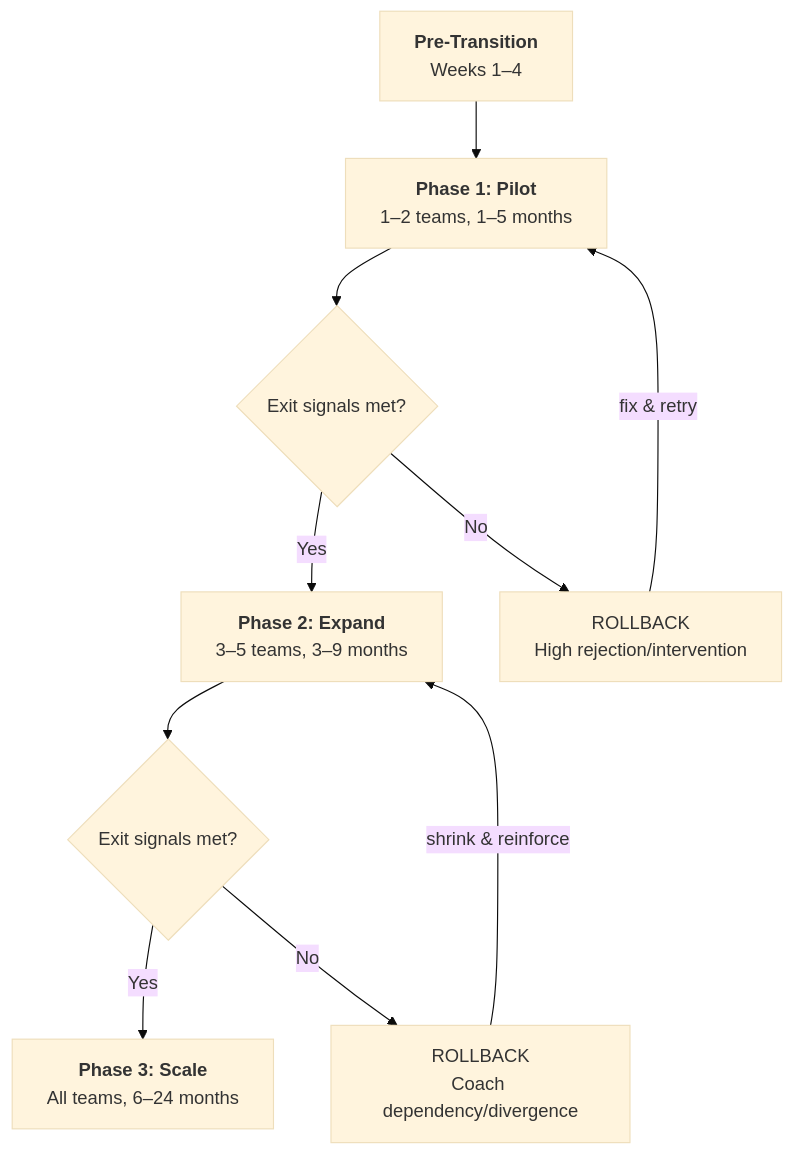
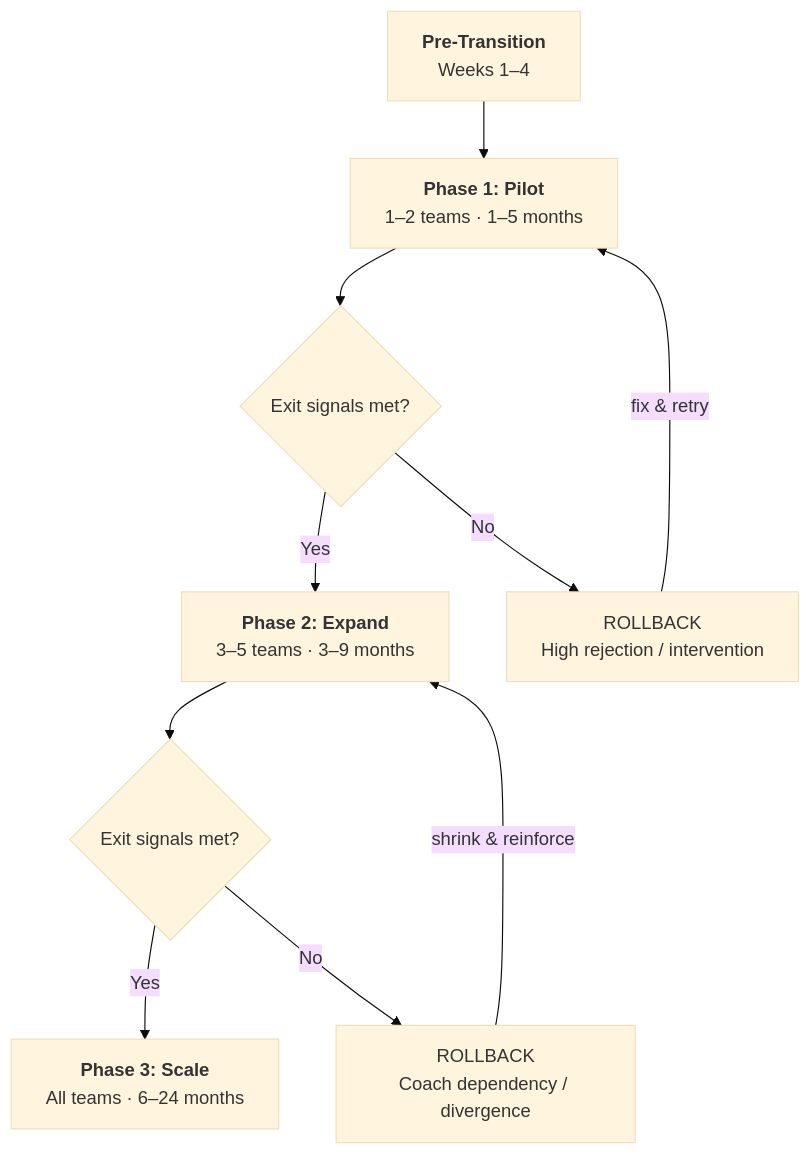
Before and after one commit to danielmeppiel/agentic-sdlc-handbook: the diagram in handbook/ch07-planning-the-transition.qmd, drawn with Mermaid (base theme). The commit also changed other lines of this file and 8 other files, not shown here.

````diff
--- a/handbook/ch07-planning-the-transition.qmd
+++ b/handbook/ch07-planning-the-transition.qmd
@@ -80,33 +78,25 @@
 ```{mermaid}
-%%| fig-width: 5.5
+%%| fig-width: 4.5
 %%| label: fig-transition-roadmap
 %%| fig-cap: "Three-phase transition roadmap with exit signals and rollback triggers"
 %%| fig-alt: "Top-to-bottom flowchart showing a three-phase agentic transition roadmap. Pre-Transition (Weeks 1-4) flows down to Phase 1 Pilot (1-2 teams, 1-5 months), which reaches a decision diamond 'Exit signals met?'. Yes leads to Phase 2 Expand (3-5 teams, 3-9 months); No leads to Rollback node 'High rejection/intervention' which loops back to Phase 1 via 'fix and retry'. Phase 2 reaches a second decision diamond 'Exit signals met?'. Yes leads to Phase 3 Scale (All teams, 6-24 months); No leads to Rollback node 'Coach dependency/divergence' which loops back to Phase 2 via 'shrink and reinforce'. Rollback nodes are red, phases progress from blue to orange to green."
 flowchart TB
     PRE["<b>Pre-Transition</b><br/>Weeks 1–4"]
-
-    P1["<b>Phase 1: Pilot</b><br/>1–2 teams, 1–5 months"]
-
+    P1["<b>Phase 1: Pilot</b><br/>1–2 teams · 1–5 months"]
     G1{"Exit signals met?"}
-
-    P2["<b>Phase 2: Expand</b><br/>3–5 teams, 3–9 months"]
-
+    P2["<b>Phase 2: Expand</b><br/>3–5 teams · 3–9 months"]
     G2{"Exit signals met?"}
-
-    P3["<b>Phase 3: Scale</b><br/>All teams, 6–24 months"]
-
-    RB1["ROLLBACK<br/>High rejection/intervention"]
-
-    RB2["ROLLBACK<br/>Coach dependency/divergence"]
+    P3["<b>Phase 3: Scale</b><br/>All teams · 6–24 months"]
+    RB1["ROLLBACK<br/>High rejection / intervention"]
+    RB2["ROLLBACK<br/>Coach dependency / divergence"]
 
     PRE --> P1
     P1 --> G1
     G1 -->|"Yes"| P2
     G1 -->|"No"| RB1
     RB1 -->|"fix & retry"| P1
     P2 --> G2
     G2 -->|"Yes"| P3
     G2 -->|"No"| RB2
     RB2 -->|"shrink & reinforce"| P2
-
 ```
````
